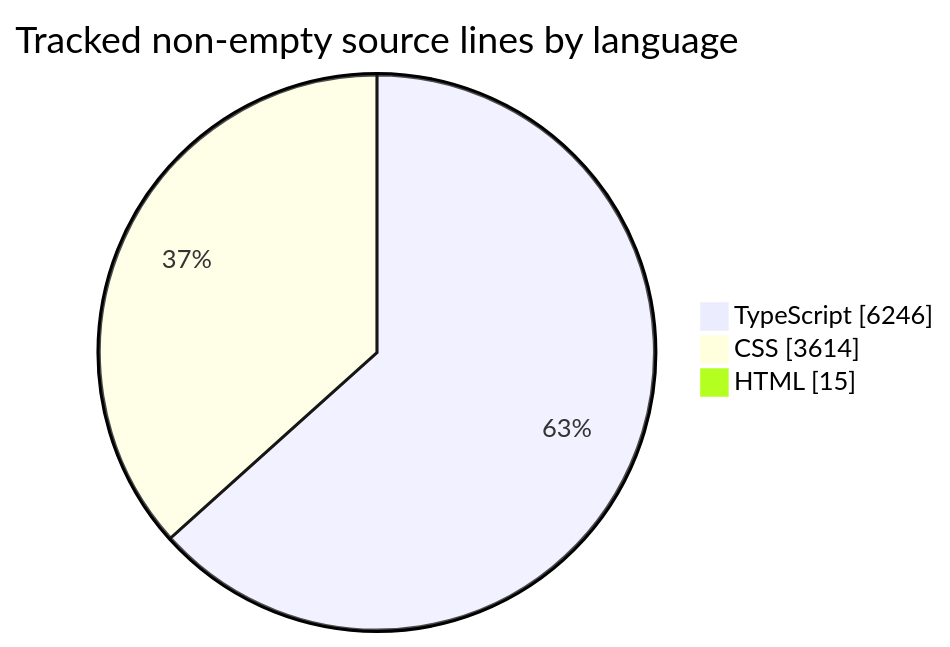
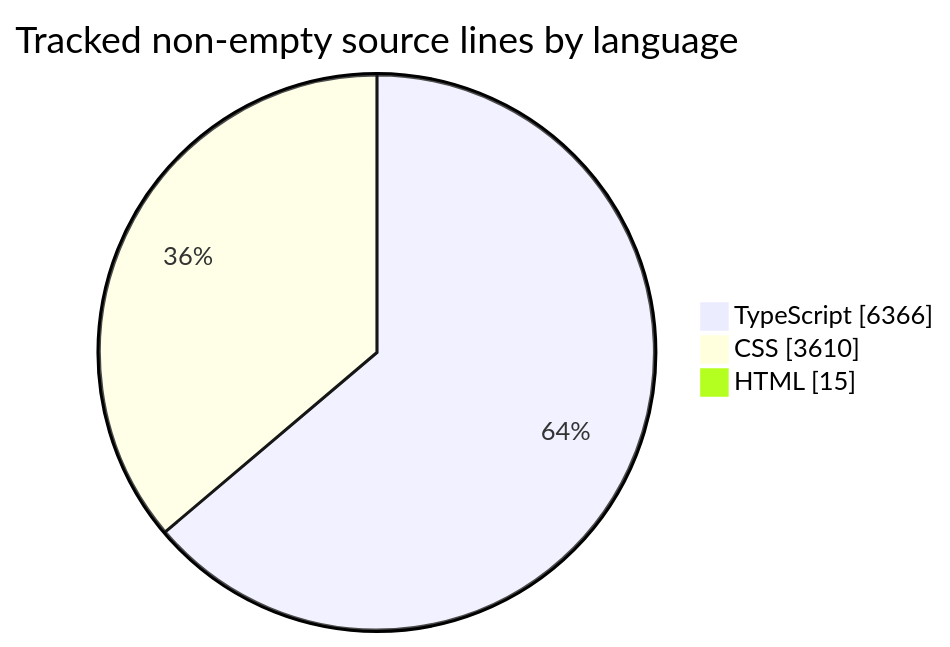
Before and after one commit to danda-n/poeidler: the diagram in README.MD, drawn with Mermaid. The commit also changed other lines of this file and 1 other file, not shown here.

````diff
--- a/README.MD
+++ b/README.MD
@@ -27,7 +27,7 @@
 ```mermaid
 pie showData
     title Tracked non-empty source lines by language
-    "TypeScript" : 6246
-    "CSS" : 3614
+    "TypeScript" : 6366
+    "CSS" : 3610
     "HTML" : 15
 ```
````
